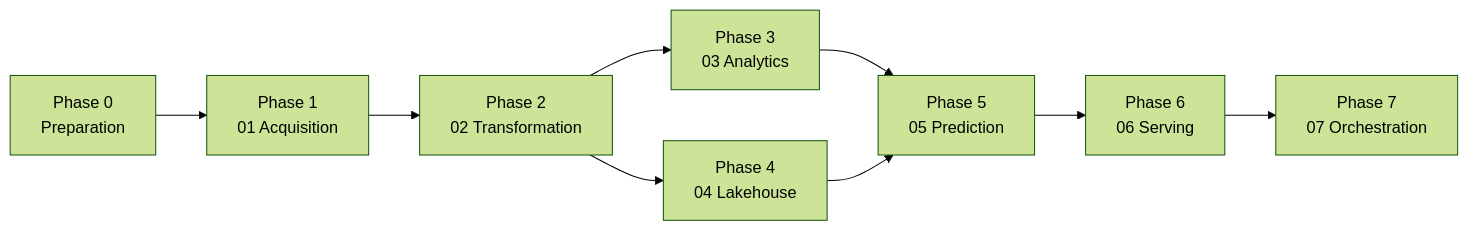
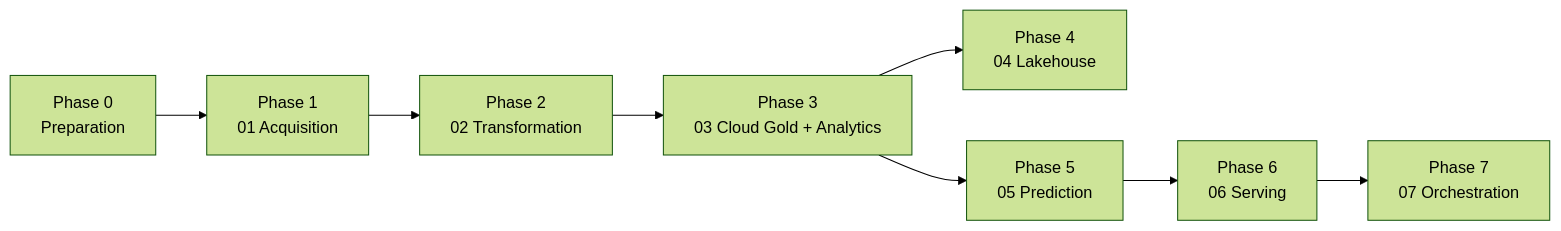
Before and after one commit to Jiahong-Que-9527/SoloLakehouse: the diagram in gcp/Fraport-opensky-intelligence/docs/project-plan.md, drawn with Mermaid (forest theme). The commit also changed other lines of this file and 23 other files, not shown here.

````diff
--- a/gcp/Fraport-opensky-intelligence/docs/project-plan.md
+++ b/gcp/Fraport-opensky-intelligence/docs/project-plan.md
@@ -9,11 +13,10 @@
 ```mermaid
 flowchart LR
     p0["Phase 0<br/>Preparation"] --> p1["Phase 1<br/>01 Acquisition"]
     p1 --> p2["Phase 2<br/>02 Transformation"]
-    p2 --> p3["Phase 3<br/>03 Analytics"]
-    p2 --> p4["Phase 4<br/>04 Lakehouse"]
+    p2 --> p3["Phase 3<br/>03 Cloud Gold + Analytics"]
+    p3 --> p4["Phase 4<br/>04 Lakehouse"]
     p3 --> p5["Phase 5<br/>05 Prediction"]
-    p4 --> p5
     p5 --> p6["Phase 6<br/>06 Serving"]
     p6 --> p7["Phase 7<br/>07 Orchestration"]
 ```
````
